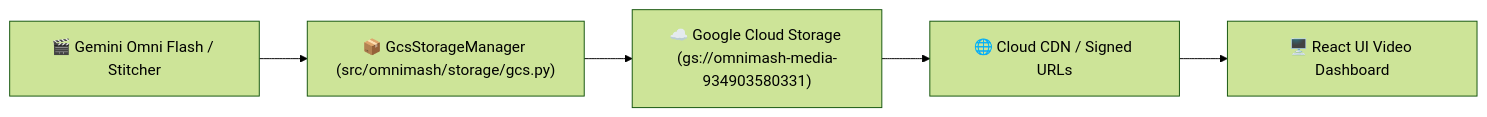
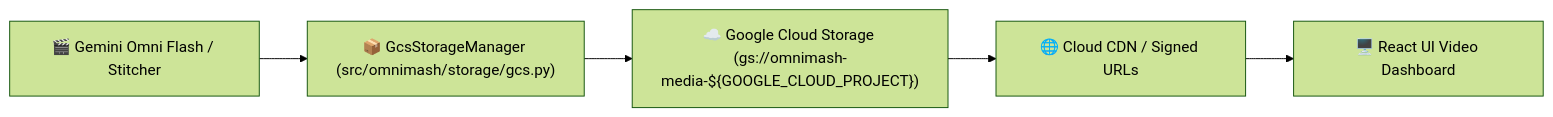
The diagram in docs/notes/gcs_artifact_persistence.md (tottenjordan/omnimash), drawn with Mermaid (forest theme) before and after one commit. The commit also changed other lines of this file and 5 other files, not shown here.

````diff
--- a/docs/notes/gcs_artifact_persistence.md
+++ b/docs/notes/gcs_artifact_persistence.md
@@ -11,7 +11,7 @@
 ```mermaid
 graph LR
     Generator["🎬 Gemini Omni Flash / Stitcher"] --> GCSMgr["📦 GcsStorageManager (src/omnimash/storage/gcs.py)"]
-    GCSMgr --> GCS["☁️ Google Cloud Storage (gs://omnimash-media-934903580331)"]
+    GCSMgr --> GCS["☁️ Google Cloud Storage (gs://omnimash-media-${GOOGLE_CLOUD_PROJECT})"]
     GCS --> CDN["🌐 Cloud CDN / Signed URLs"]
     CDN --> ReactUI["🖥️ React UI Video Dashboard"]
 ```
````
